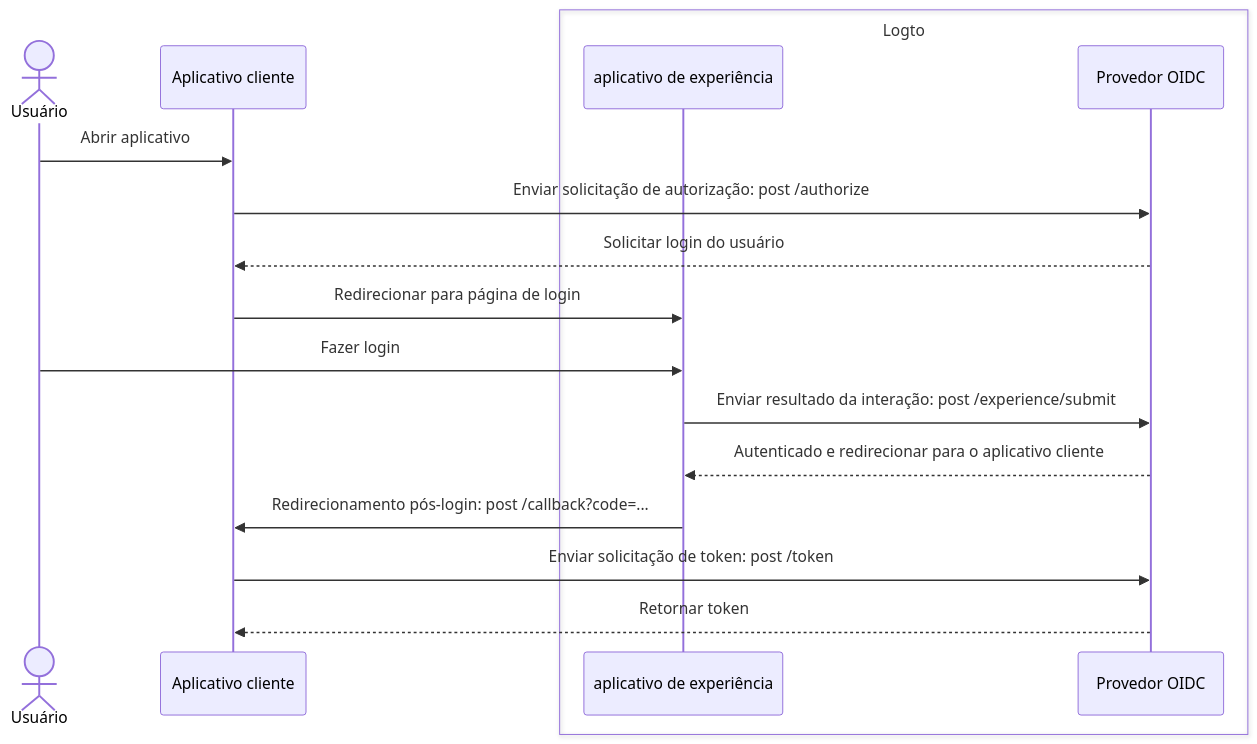
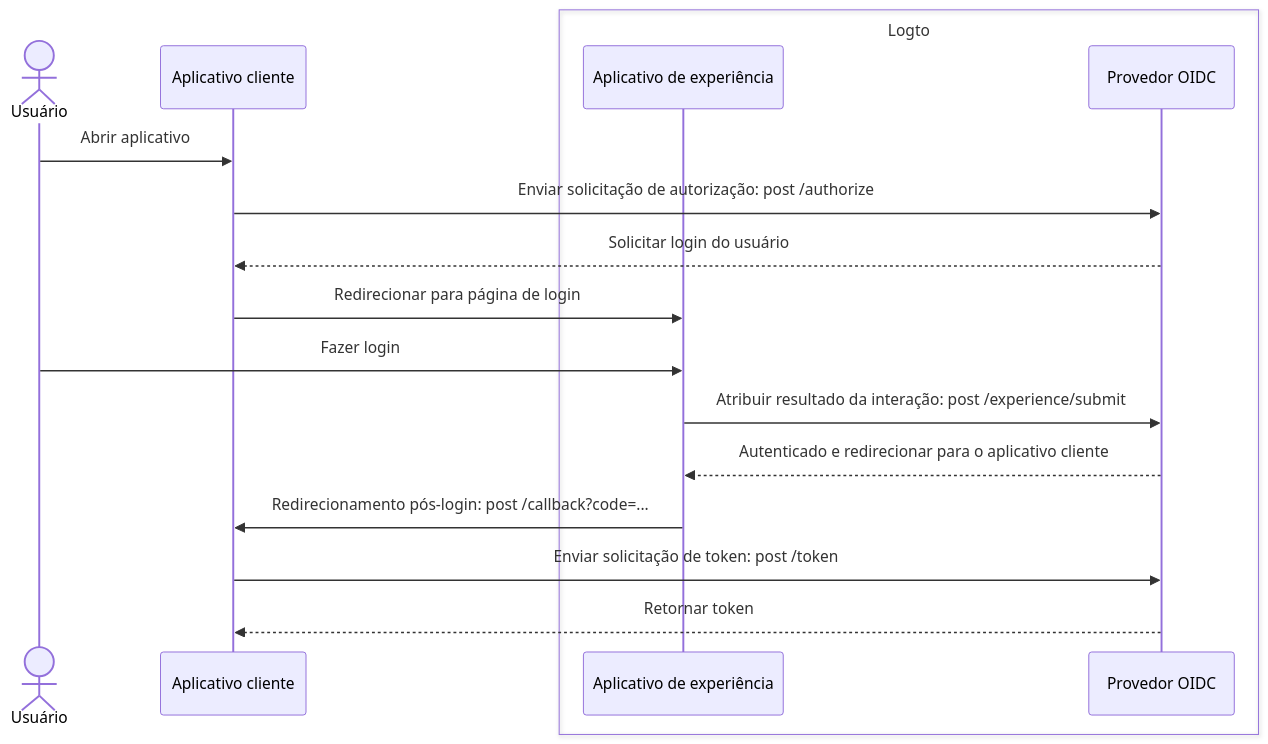
One commit to logto-io/docs changed the first of 2 diagrams in i18n/pt-BR/docusaurus-plugin-content-docs/current/end-user-flows/sign-up-and-sign-in/README.mdx. Above: the diagram before and after it, drawn with Mermaid. The commit also changed other lines of this file and 145 other files, not shown here.

````diff
--- a/i18n/pt-BR/docusaurus-plugin-content-docs/current/end-user-flows/sign-up-and-sign-in/README.mdx
+++ b/i18n/pt-BR/docusaurus-plugin-content-docs/current/end-user-flows/sign-up-and-sign-in/README.mdx
@@ -15,21 +15,21 @@
 ```mermaid
 sequenceDiagram
   actor user as Usuário
   participant client as Aplicativo cliente
 
   box Logto
-    participant experience as aplicativo de experiência
+    participant experience as Aplicativo de experiência
     participant oidc as Provedor OIDC
   end
 
   user ->> client: Abrir aplicativo
   client ->> oidc: Enviar solicitação de autorização: post /authorize
   oidc -->> client: Solicitar login do usuário
   client ->> experience: Redirecionar para página de login
   user ->> experience: Fazer login
-  experience ->> oidc: Enviar resultado da interação: post /experience/submit
+  experience ->> oidc: Atribuir resultado da interação: post /experience/submit
   oidc -->> experience: Autenticado e redirecionar para o aplicativo cliente
   experience ->> client: Redirecionamento pós-login: post /callback?code=...
   client ->> oidc: Enviar solicitação de token: post /token
   oidc -->> client: Retornar token
 ```
````
